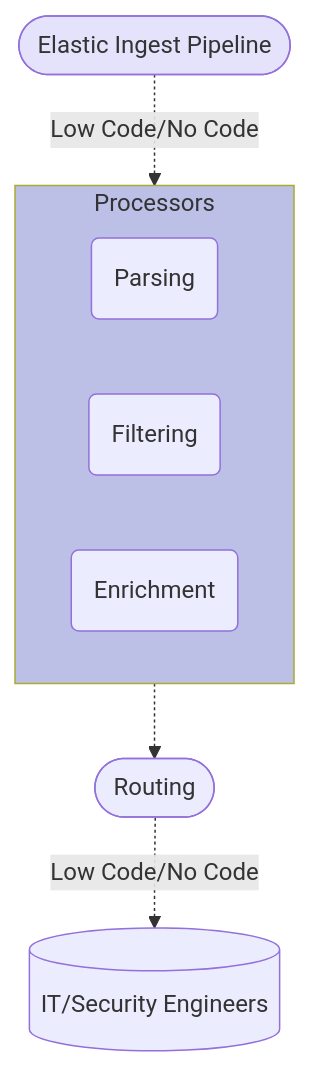
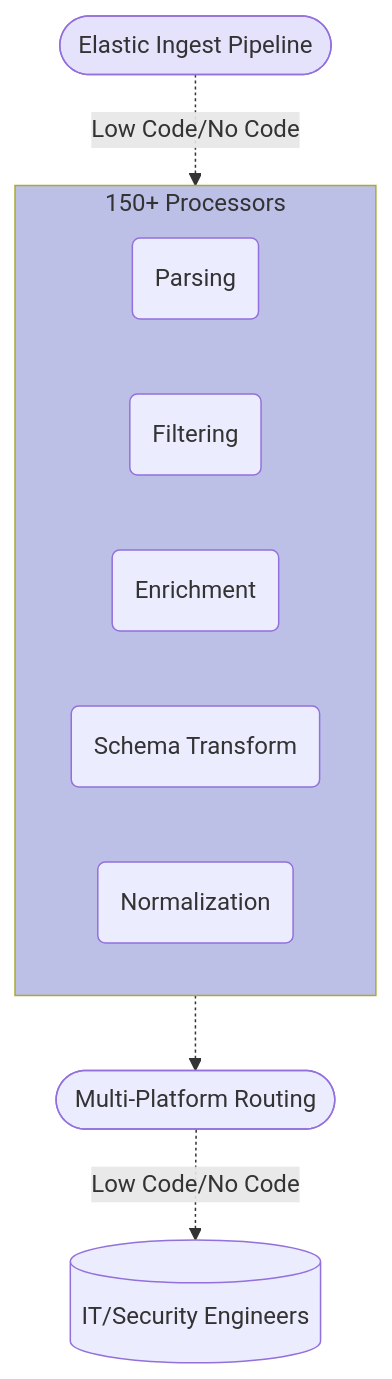
Before and after one commit to VirtualMetric/virtualmetric-docs: the seventh of 8 diagrams in docs/about/key-features.mdx, drawn with Mermaid. The commit also changed other lines of this file and 9 other files, not shown here.

````diff
--- a/docs/about/key-features.mdx
+++ b/docs/about/key-features.mdx
@@ -299,17 +266,19 @@
 ```mermaid
 graph TD
     EIP([Elastic Ingest Pipeline])
     
-    subgraph Processors[Processors]
+    subgraph Processors[150+ Processors]
         P1(Parsing)
         P2(Filtering)
         P3(Enrichment)
+        P4(Schema Transform)
+        P5(Normalization)
     end
     
     EIP -.-> |Low Code/No Code| Processors
-    Processors -.-> Routing([Routing])
+    Processors -.-> Routing([Multi-Platform Routing])
     Routing -.->  |Low Code/No Code| Engineers[(IT/Security Engineers)]
     
     style EIP fill:#E5E2FB
     style Processors fill:#BCC0E7
 ```
````
